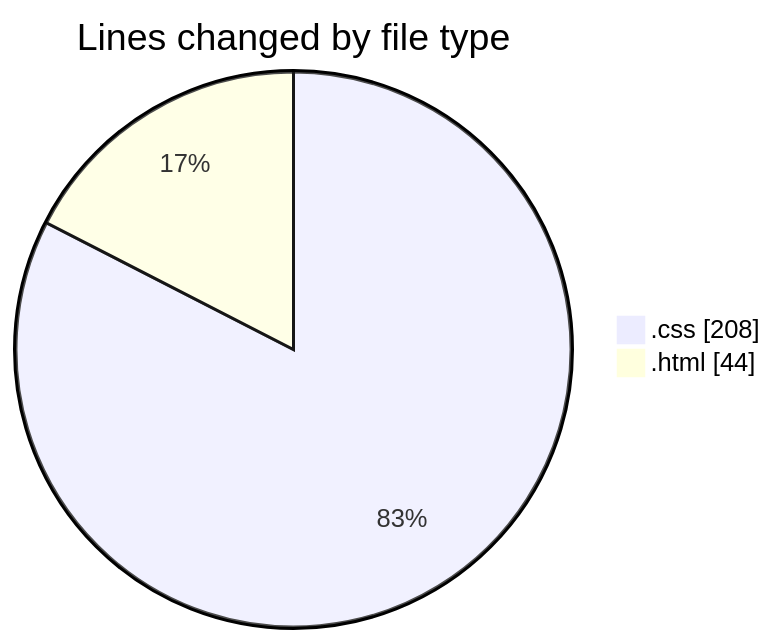
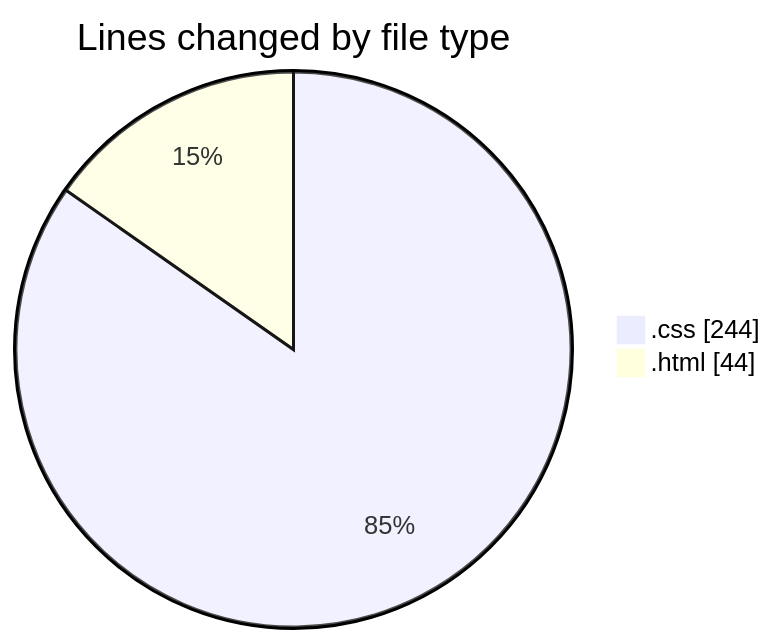
The first of 2 diagrams in 2025-01-26/results-summary-component-main/README.md (NitaiMahat/code-tracking), drawn with Mermaid before and after one commit. The commit also changed other lines of this file and 1 other file, not shown here.

````diff
--- a/2025-01-26/results-summary-component-main/README.md
+++ b/2025-01-26/results-summary-component-main/README.md
@@ -21,6 +21,6 @@
 ```mermaid
 pie showData
 title Lines changed by file type
-".css" : 208
+".css" : 244
 ".html" : 44
 ```
````
